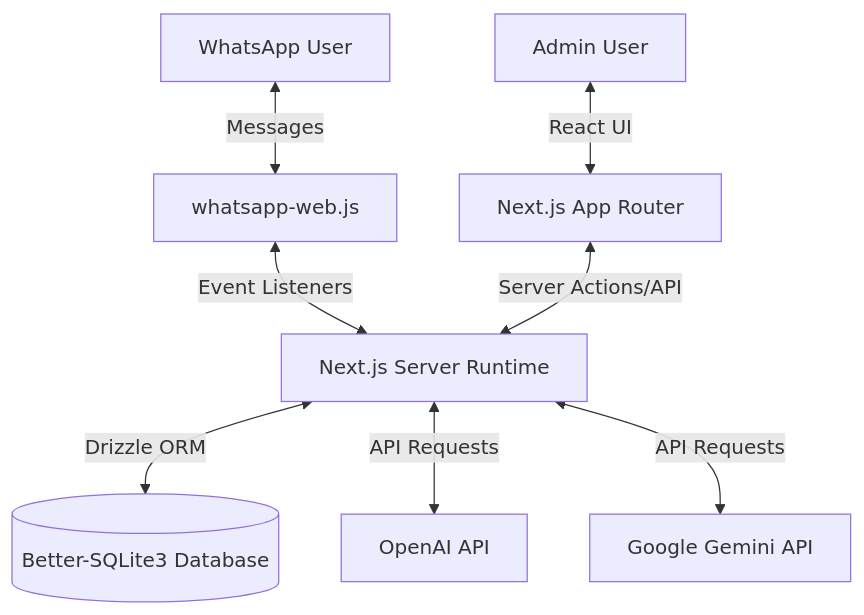
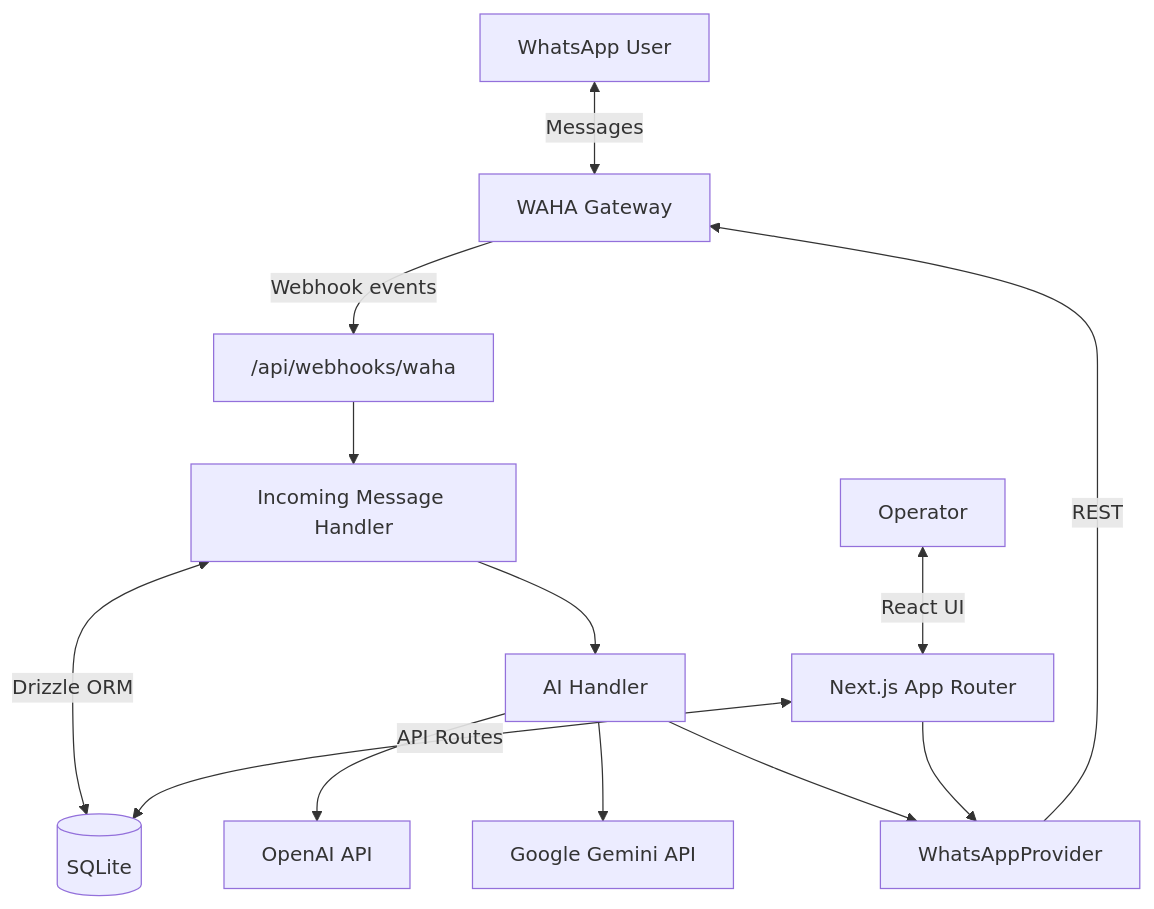
The first of 2 diagrams in docs/SYSTEM_DESIGN.md (boonpin/wa-chat-flow), drawn with Mermaid before and after one commit. The commit also changed other lines of this file and 82 other files, not shown here.

Commit message:
feat: update database schema and blast campaign route configuration

````diff
--- a/docs/SYSTEM_DESIGN.md
+++ b/docs/SYSTEM_DESIGN.md
@@ -14,10 +17,15 @@
 ```mermaid
 graph TD
-    WA[WhatsApp User] <--> |Messages| WJS[whatsapp-web.js]
-    WJS <--> |Event Listeners| NJS[Next.js Server Runtime]
-    Admin[Admin User] <--> |React UI| FE[Next.js App Router]
-    FE <--> |Server Actions/API| NJS
-    NJS <--> |Drizzle ORM| DB[(Better-SQLite3 Database)]
-    NJS <--> |API Requests| OpenAI[OpenAI API]
-    NJS <--> |API Requests| Gemini[Google Gemini API]
+    WA[WhatsApp User] <--> |Messages| WAHA[WAHA Gateway]
+    WAHA -->|Webhook events| WH["/api/webhooks/waha"]
+    WH --> HANDLER[Incoming Message Handler]
+    HANDLER <--> |Drizzle ORM| DB[(SQLite)]
+    HANDLER --> AIH[AI Handler]
+    AIH --> OpenAI[OpenAI API]
+    AIH --> Gemini[Google Gemini API]
+    AIH --> PROV[WhatsAppProvider]
+    PROV -->|REST| WAHA
+    Admin[Operator] <--> |React UI| FE[Next.js App Router]
+    FE <--> |API Routes| DB
+    FE --> PROV
 ```
````
